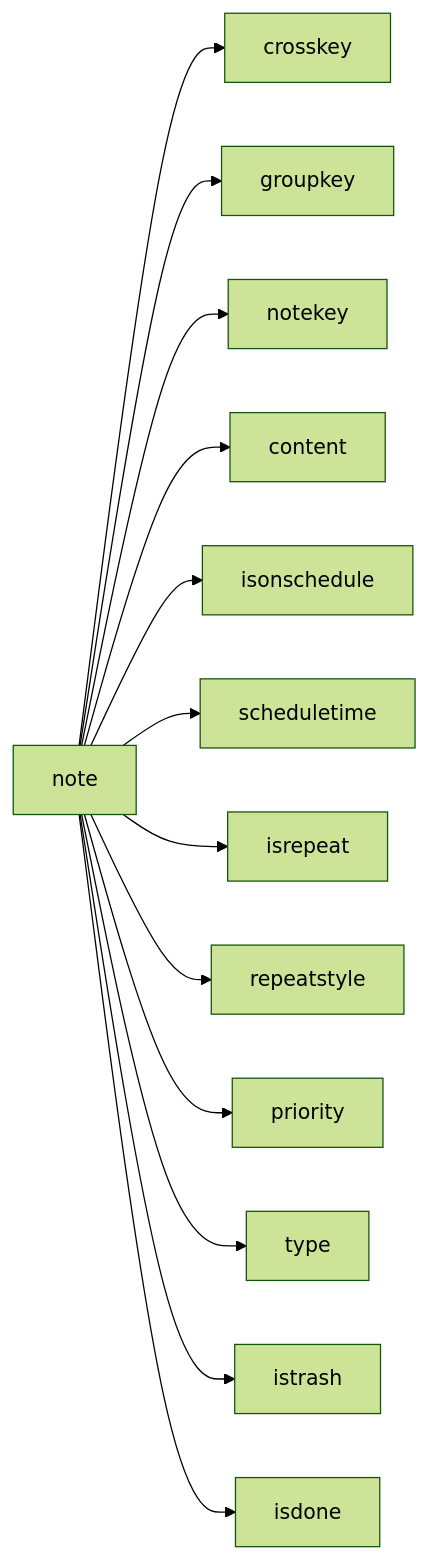
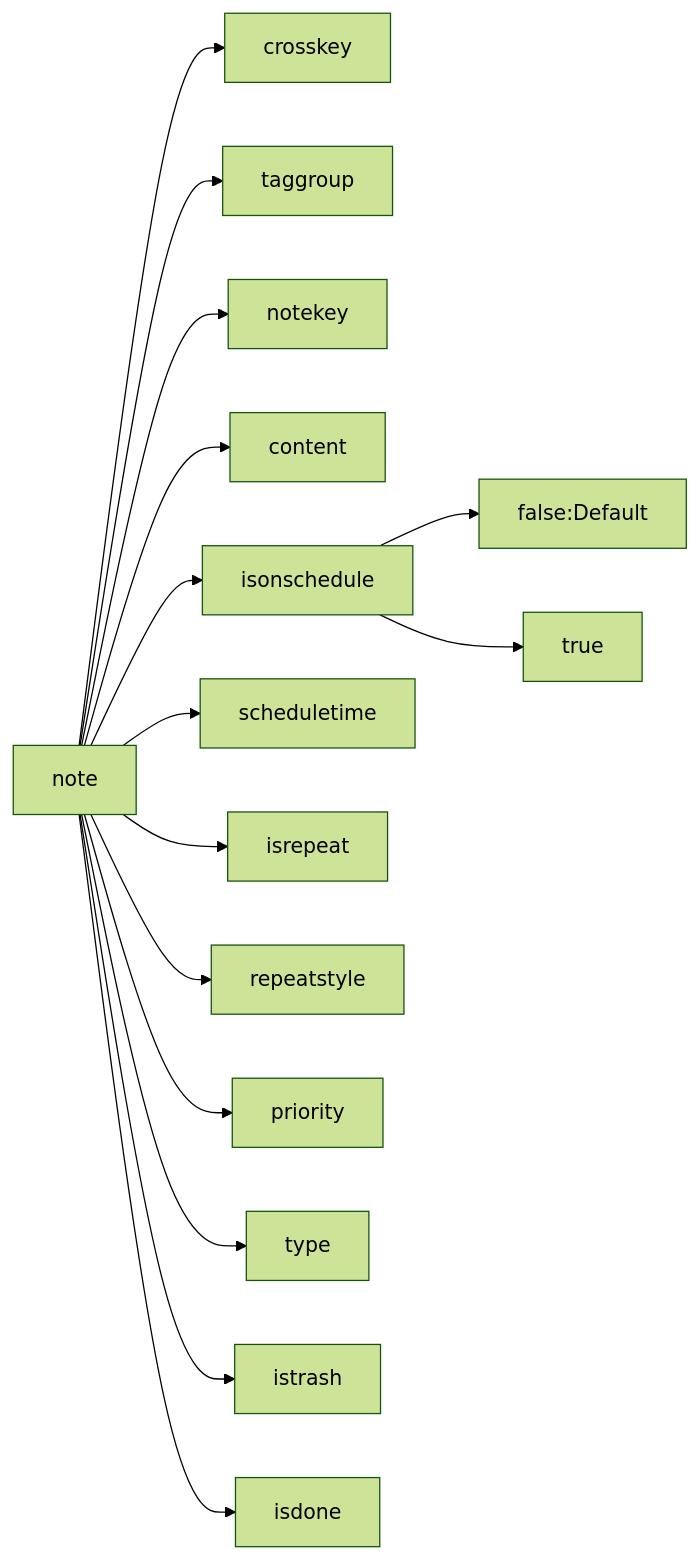
The second of 3 diagrams in README.md (Binge/api), drawn with Mermaid (forest theme) before and after one commit. The commit also changed other lines of this file, not shown here.

````diff
--- a/README.md
+++ b/README.md
@@ -34,15 +34,17 @@
 ```mermaid
 flowchart LR
 A[note] --> B[crosskey]
-A --> C[groupkey]
+A --> C[taggroup]
 A --> D[notekey]
 A --> E[content]
 A --> F[isonschedule]
 A --> G[scheduletime]
 A --> H[isrepeat]
 A --> I[repeatstyle]
 A --> J[priority]
 A --> K[type]
 A --> L[istrash]
 A --> M[isdone]
+F --> N[false:Default]
+F --> O[true]
 ```
````
